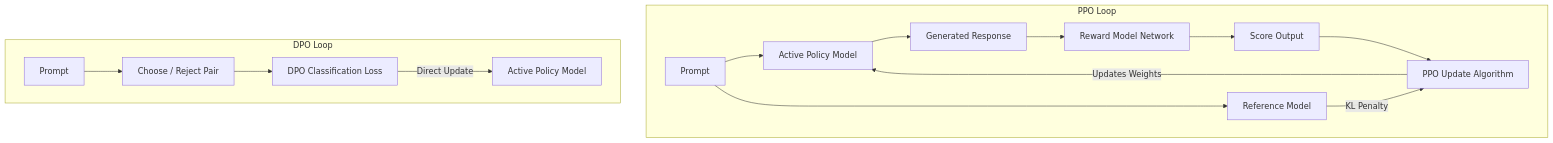
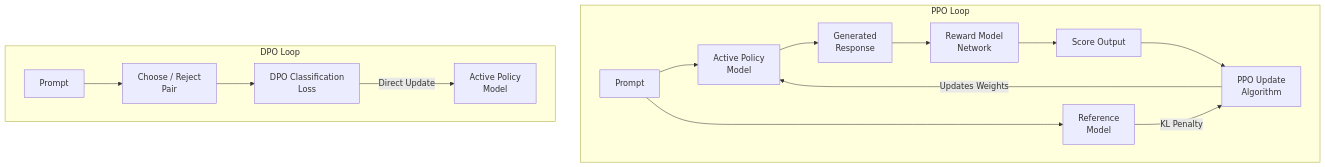
The diagram in apps/web/src/content/chapters/02-3-rlhf.mdx (murugadossp/llm-concepts), drawn with Mermaid before and after one commit. The commit also changed 9 other files, not shown here.

Commit message:
style: fix mermaid text clipping with br tags and implement adaptive light/dark mode css overrides

````diff
--- a/apps/web/src/content/chapters/02-3-rlhf.mdx
+++ b/apps/web/src/content/chapters/02-3-rlhf.mdx
@@ -65,18 +65,18 @@
 ```mermaid
 graph TD
   subgraph PPO Loop
-    PPO_P[Prompt] --> PPO_M[Active Policy Model] & PPO_Ref[Reference Model]
-    PPO_M --> PPO_Out[Generated Response]
-    PPO_Out --> PPO_RM[Reward Model Network]
+    PPO_P[Prompt] --> PPO_M["Active Policy<br/>Model"] & PPO_Ref["Reference<br/>Model"]
+    PPO_M --> PPO_Out["Generated<br/>Response"]
+    PPO_Out --> PPO_RM["Reward Model<br/>Network"]
     PPO_RM --> PPO_S[Score Output]
-    PPO_S --> PPO_Update[PPO Update Algorithm]
+    PPO_S --> PPO_Update["PPO Update<br/>Algorithm"]
     PPO_Update -->|Updates Weights| PPO_M
     PPO_Ref -->|KL Penalty| PPO_Update
   end
 
   subgraph DPO Loop
-    DPO_P[Prompt] --> DPO_Pair[Choose / Reject Pair]
-    DPO_Pair --> DPO_Loss[DPO Classification Loss]
-    DPO_Loss -->|Direct Update| DPO_Model[Active Policy Model]
+    DPO_P[Prompt] --> DPO_Pair["Choose / Reject<br/>Pair"]
+    DPO_Pair --> DPO_Loss["DPO Classification<br/>Loss"]
+    DPO_Loss -->|Direct Update| DPO_Model["Active Policy<br/>Model"]
   end
 ```
````
